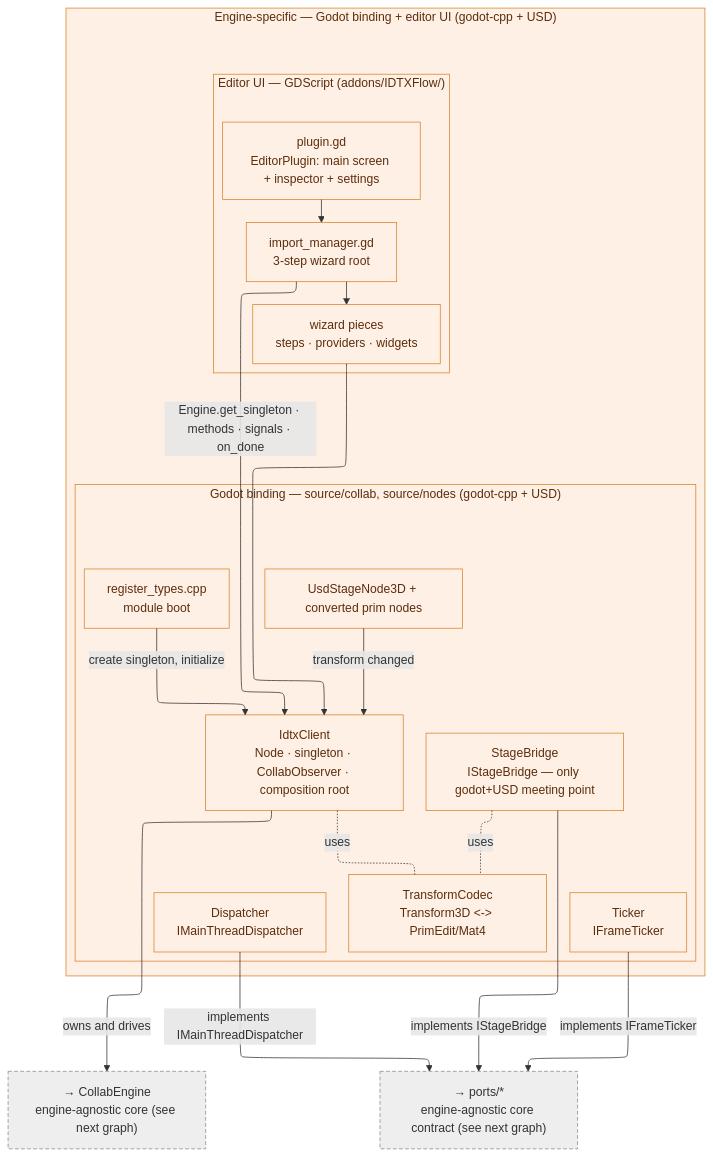
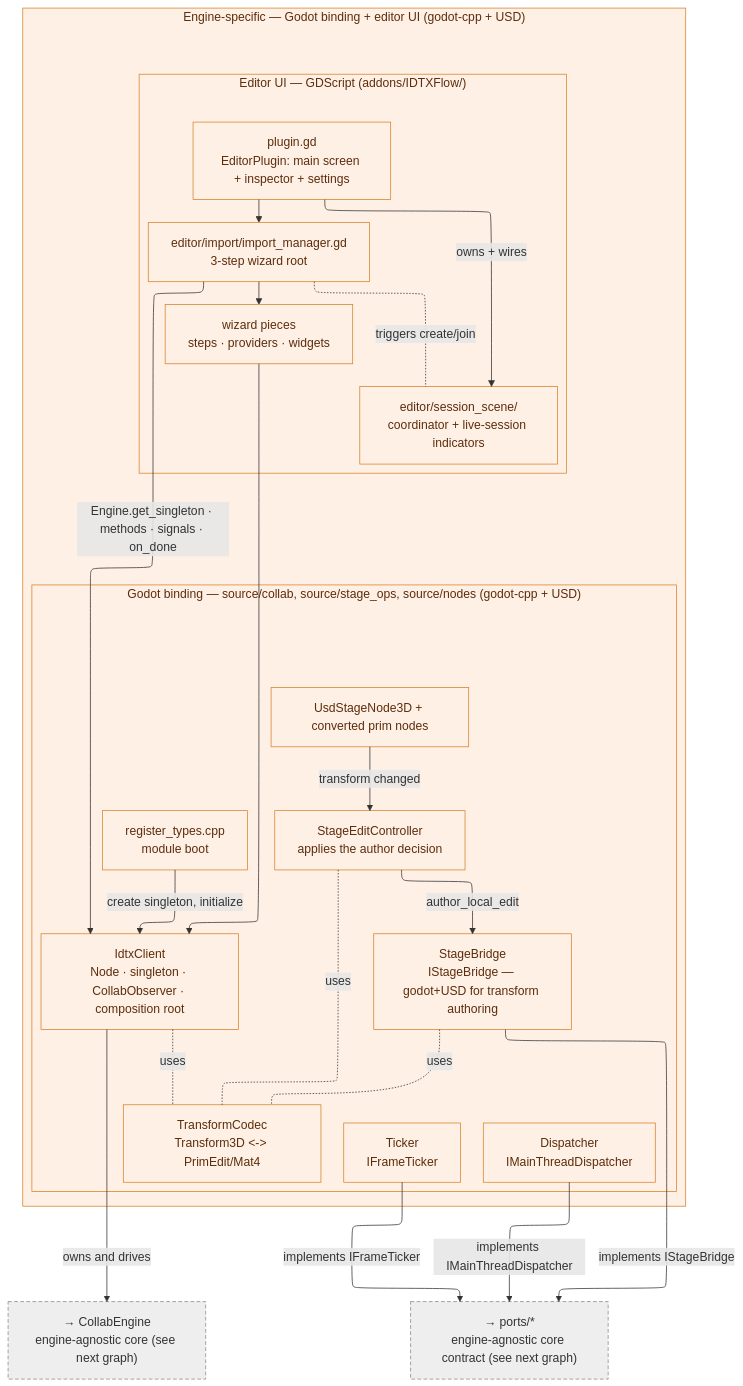
The second of 3 diagrams in docs/collab-client/overview.md (Immersive-Data-Center-Management/idtx-flow), drawn with Mermaid before and after one commit. The commit also changed other lines of this file and 133 other files, not shown here.

````diff
--- a/docs/collab-client/overview.md
+++ b/docs/collab-client/overview.md
@@ -76,47 +79,53 @@
 ```mermaid
 ---
 config:
   layout: elk
 ---
 graph TB
     subgraph ENGINESPECIFIC["Engine-specific — Godot binding + editor UI (godot-cpp + USD)"]
         subgraph UI["Editor UI — GDScript (addons/IDTXFlow/)"]
             PLUGIN["plugin.gd<br/>EditorPlugin: main screen + inspector + settings"]
-            WIZ["import_manager.gd<br/>3-step wizard root"]
+            WIZ["editor/import/import_manager.gd<br/>3-step wizard root"]
             WIZUI["wizard pieces<br/>steps · providers · widgets"]
+            SESS["editor/session_scene/<br/>coordinator + live-session indicators"]
         end
 
-        subgraph BIND["Godot binding — source/collab, source/nodes (godot-cpp + USD)"]
+        subgraph BIND["Godot binding — source/collab, source/stage_ops, source/nodes (godot-cpp + USD)"]
             CLIENT["IdtxClient<br/>Node · singleton · CollabObserver · composition root"]
-            BRIDGE["StageBridge<br/>IStageBridge — only godot+USD meeting point"]
+            CTL["StageEditController<br/>applies the author decision"]
+            BRIDGE["StageBridge<br/>IStageBridge — godot+USD for transform authoring"]
             CODEC2["TransformCodec<br/>Transform3D &lt;-&gt; PrimEdit/Mat4"]
             DISP["Dispatcher<br/>IMainThreadDispatcher"]
             TICK["Ticker<br/>IFrameTicker"]
             NODES["UsdStageNode3D + converted prim nodes"]
             REG["register_types.cpp<br/>module boot"]
         end
     end
 
     ENGINEREF["→ CollabEngine<br/>engine-agnostic core (see next graph)"]
     PORTSREF["→ ports/*<br/>engine-agnostic core contract (see next graph)"]
 
     PLUGIN --> WIZ
     WIZ --> WIZUI
+    PLUGIN -->|owns + wires| SESS
+    WIZ -.triggers create/join.- SESS
 
     WIZ -->|Engine.get_singleton · methods · signals · on_done| CLIENT
     WIZUI --> CLIENT
     REG -->|create singleton, initialize| CLIENT
-    NODES -->|transform changed| CLIENT
+    NODES -->|transform changed| CTL
+    CTL -->|author_local_edit| BRIDGE
+    CTL -.uses.- CODEC2
     BRIDGE -.uses.- CODEC2
     CLIENT -.uses.- CODEC2
 
     CLIENT -->|owns and drives| ENGINEREF
     BRIDGE -->|implements IStageBridge| PORTSREF
     DISP -->|implements IMainThreadDispatcher| PORTSREF
     TICK -->|implements IFrameTicker| PORTSREF
 
     classDef engine fill:#fff0e6,stroke:#d9822b,color:#5c2d0b;
     classDef ref fill:#eeeeee,stroke:#888888,color:#333333,stroke-dasharray: 5 3;
-    class ENGINESPECIFIC,UI,PLUGIN,WIZ,WIZUI,BIND,CLIENT,BRIDGE,CODEC2,DISP,TICK,NODES,REG engine;
+    class ENGINESPECIFIC,UI,PLUGIN,WIZ,WIZUI,SESS,BIND,CLIENT,CTL,BRIDGE,CODEC2,DISP,TICK,NODES,REG engine;
     class ENGINEREF,PORTSREF ref;
 ```
````
